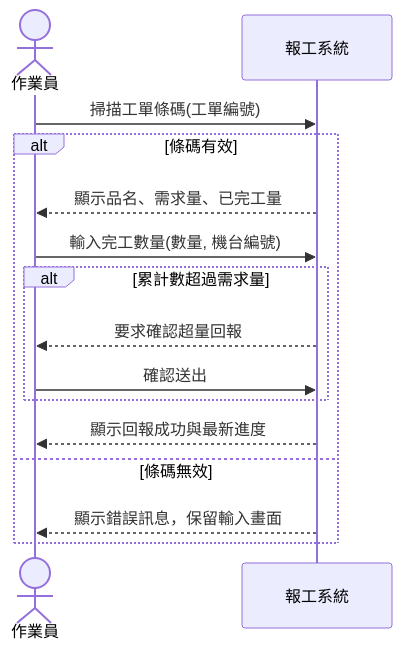
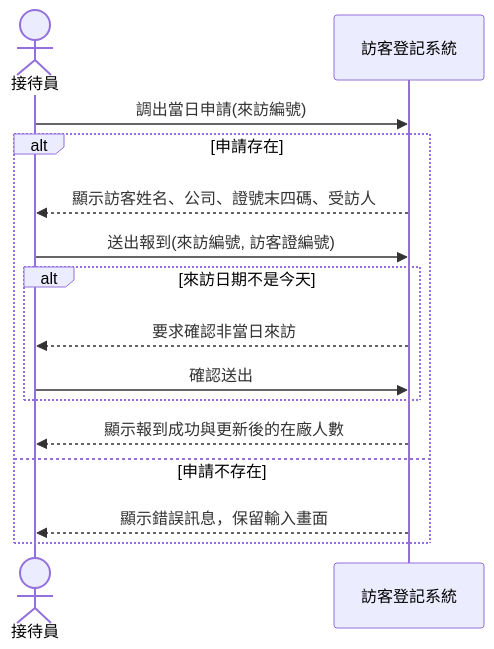
The fourth of 6 diagrams in 01-Course-Materials/06-Behavioral-Modeling.md (billy1125/system-analysis-and-design), drawn with Mermaid before and after one commit. The commit also changed other lines of this file and 30 other files, not shown here.

````diff
--- a/01-Course-Materials/06-Behavioral-Modeling.md
+++ b/01-Course-Materials/06-Behavioral-Modeling.md
@@ -249,18 +254,18 @@
 ```mermaid
 sequenceDiagram
-    actor OP as 作業員
-    participant SYS as 報工系統
+    actor RC as 接待員
+    participant SYS as 訪客登記系統
 
-    OP->>SYS: 掃描工單條碼(工單編號)
-    alt 條碼有效
-        SYS-->>OP: 顯示品名、需求量、已完工量
-        OP->>SYS: 輸入完工數量(數量, 機台編號)
-        alt 累計數超過需求量
-            SYS-->>OP: 要求確認超量回報
-            OP->>SYS: 確認送出
+    RC->>SYS: 調出當日申請(來訪編號)
+    alt 申請存在
+        SYS-->>RC: 顯示訪客姓名、公司、證號末四碼、受訪人
+        RC->>SYS: 送出報到(來訪編號, 訪客證編號)
+        alt 來訪日期不是今天
+            SYS-->>RC: 要求確認非當日來訪
+            RC->>SYS: 確認送出
         end
-        SYS-->>OP: 顯示回報成功與最新進度
-    else 條碼無效
-        SYS-->>OP: 顯示錯誤訊息，保留輸入畫面
+        SYS-->>RC: 顯示報到成功與更新後的在廠人數
+    else 申請不存在
+        SYS-->>RC: 顯示錯誤訊息，保留輸入畫面
     end
 ```
````
